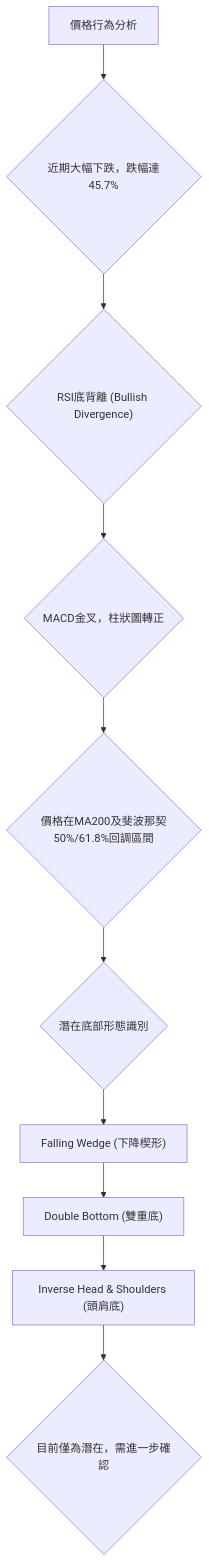
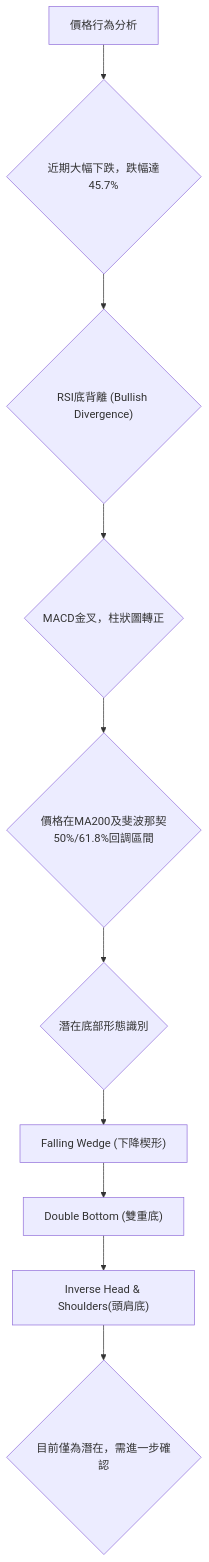
One commit to yennanliu/finance_data changed the fourth of 11 diagrams in ai_gen_report/stock/pl/technical_analysis_2026-07-08_gemini.md. Above: the diagram before and after it, drawn with Mermaid. The commit also changed other lines of this file and 2258 other files, not shown here.

First line of the commit message:
chore: backfill Mermaid syntax repair across existing reports

````diff
--- a/ai_gen_report/stock/pl/technical_analysis_2026-07-08_gemini.md
+++ b/ai_gen_report/stock/pl/technical_analysis_2026-07-08_gemini.md
@@ -241,12 +241,12 @@
 ```mermaid
 graph TD
     A["價格行為分析"] --> B{"近期大幅下跌，跌幅達45.7%"}
     B --> C{"RSI底背離 (Bullish Divergence)"}
     C --> D{"MACD金叉，柱狀圖轉正"}
     D --> E{"價格在MA200及斐波那契50%/61.8%回調區間"}
     E --> F{"潛在底部形態識別"}
     F --> G["Falling Wedge (下降楔形)"]
     G --> H["Double Bottom (雙重底)"]
-    H --> I["Inverse Head & Shoulders (頭肩底)"]
+    H --> I["Inverse Head & Shoulders(頭肩底)"]
     I --> J{"目前僅為潛在，需進一步確認"}
 ```
````
